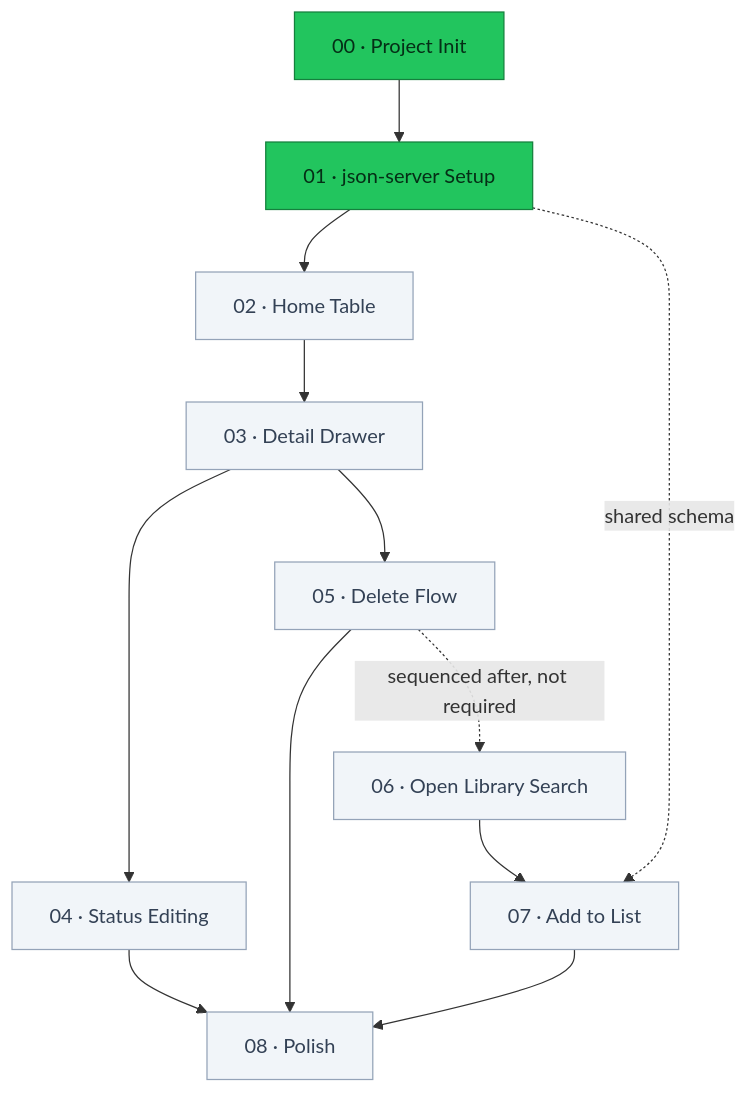
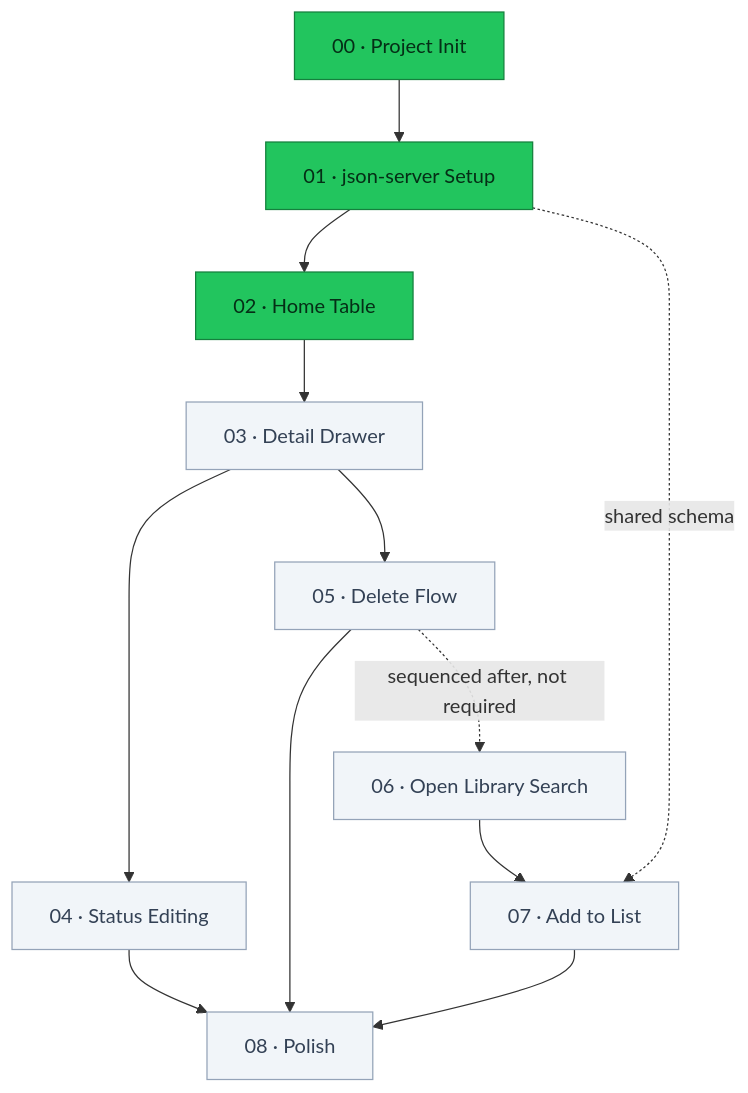
One commit to raki-rankawat/next-reading-list-app changed the first of 3 diagrams in README.md. Above: the diagram before and after it, drawn with Mermaid. The commit also changed other lines of this file and 1 other file, not shown here.

````diff
--- a/README.md
+++ b/README.md
@@ -27,19 +27,19 @@
 ```mermaid
 flowchart TD
     F00["00 · Project Init"] --> F01["01 · json-server Setup"]
     F01 --> F02["02 · Home Table"]
     F02 --> F03["03 · Detail Drawer"]
     F03 --> F04["04 · Status Editing"]
     F03 --> F05["05 · Delete Flow"]
     F05 -.->|"sequenced after, not required"| F06["06 · Open Library Search"]
     F06 --> F07["07 · Add to List"]
     F01 -.->|"shared schema"| F07
     F04 --> F08["08 · Polish"]
     F05 --> F08
     F07 --> F08
 
     classDef done fill:#22c55e,stroke:#15803d,color:#052e16
     classDef todo fill:#f1f5f9,stroke:#94a3b8,color:#334155
-    class F00,F01 done
-    class F02,F03,F04,F05,F06,F07,F08 todo
+    class F00,F01,F02 done
+    class F03,F04,F05,F06,F07,F08 todo
 ```
````
